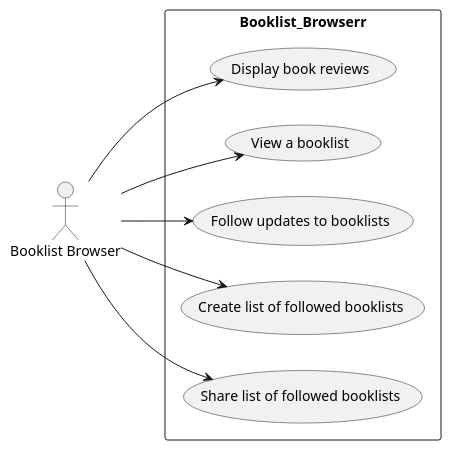
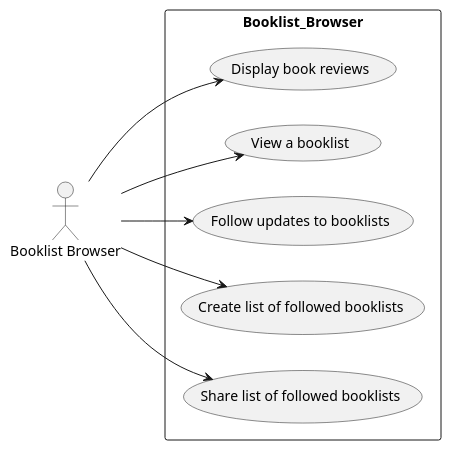
The diagram in use-cases/example-uml-booklist-browser.iuml (andysylvester/federated-bookshelves), drawn with PlantUML before and after one commit.

```diff
--- a/use-cases/example-uml-booklist-browser.iuml
+++ b/use-cases/example-uml-booklist-browser.iuml
@@ -1,16 +1,16 @@
 @startuml
 left to right direction
 actor "Booklist Browser" as fc
-rectangle Booklist_Browserr {
+rectangle Booklist_Browser {
   usecase "Display book reviews" as UC1
   usecase "View a booklist" as UC2
   usecase "Follow updates to booklists" as UC3
   usecase "Create list of followed booklists" as UC4
   usecase "Share list of followed booklists" as UC5
 }
 fc --> UC1
 fc --> UC2
 fc --> UC3
 fc --> UC4
 fc --> UC5
 @enduml
```
